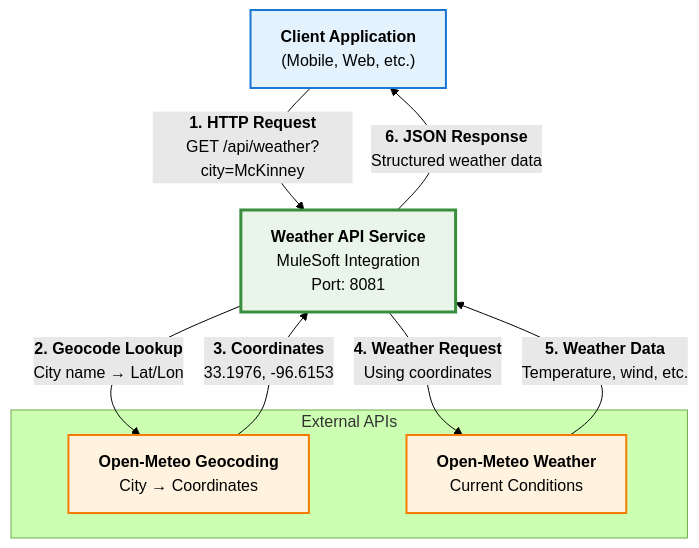
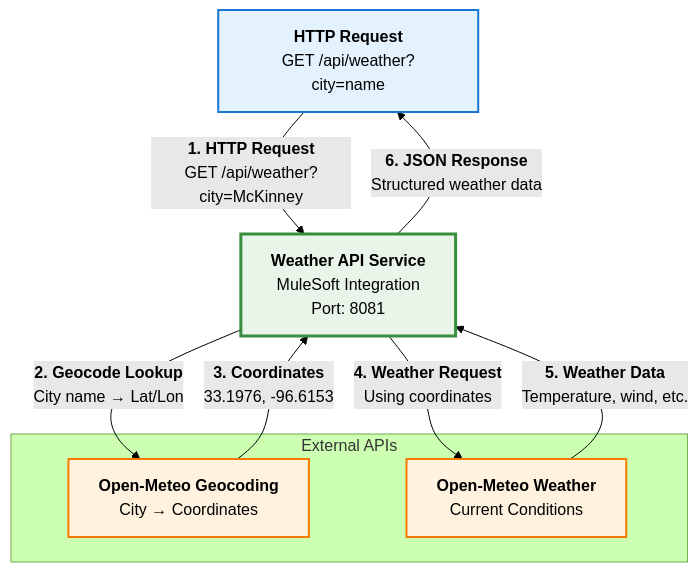
Before and after one commit to logan-ankenbrandt/logananks-weather-helloworld-08-24-2025: the diagram in README.md, drawn with Mermaid (forest theme).

Commit message:
improved

````diff
--- a/README.md
+++ b/README.md
@@ -45,46 +45,46 @@
 ```mermaid
 graph TB
     %% Client Layer
-    Client["`**Client Application**
-    (Mobile, Web, etc.)`"]
+    Client["`**HTTP Request**
+    GET /api/weather?city=name`"]
     
     %% API Gateway Layer
     API["`**Weather API Service**
     MuleSoft Integration
     Port: 8081`"]
     
     %% External Services Layer
     subgraph External["External APIs"]
         Geo["`**Open-Meteo Geocoding**
         City → Coordinates`"]
         Weather["`**Open-Meteo Weather**
         Current Conditions`"]
     end
     
     %% Data Flow
     Client -->|"`**1. HTTP Request**
     GET /api/weather?city=McKinney`"| API
     
     API -->|"`**2. Geocode Lookup**
     City name → Lat/Lon`"| Geo
     Geo -->|"`**3. Coordinates**
     33.1976, -96.6153`"| API
     
     API -->|"`**4. Weather Request**
     Using coordinates`"| Weather
     Weather -->|"`**5. Weather Data**
     Temperature, wind, etc.`"| API
     
     API -->|"`**6. JSON Response**
     Structured weather data`"| Client
     
     %% Styling
     classDef client fill:#e3f2fd,stroke:#1976d2,stroke-width:2px,color:#000
     classDef service fill:#f3e5f5,stroke:#7b1fa2,stroke-width:2px,color:#000
     classDef external fill:#fff3e0,stroke:#f57c00,stroke-width:2px,color:#000
     classDef api fill:#e8f5e8,stroke:#388e3c,stroke-width:3px,color:#000
     
     class Client client
     class API api
     class Geo,Weather external
 ```
````
